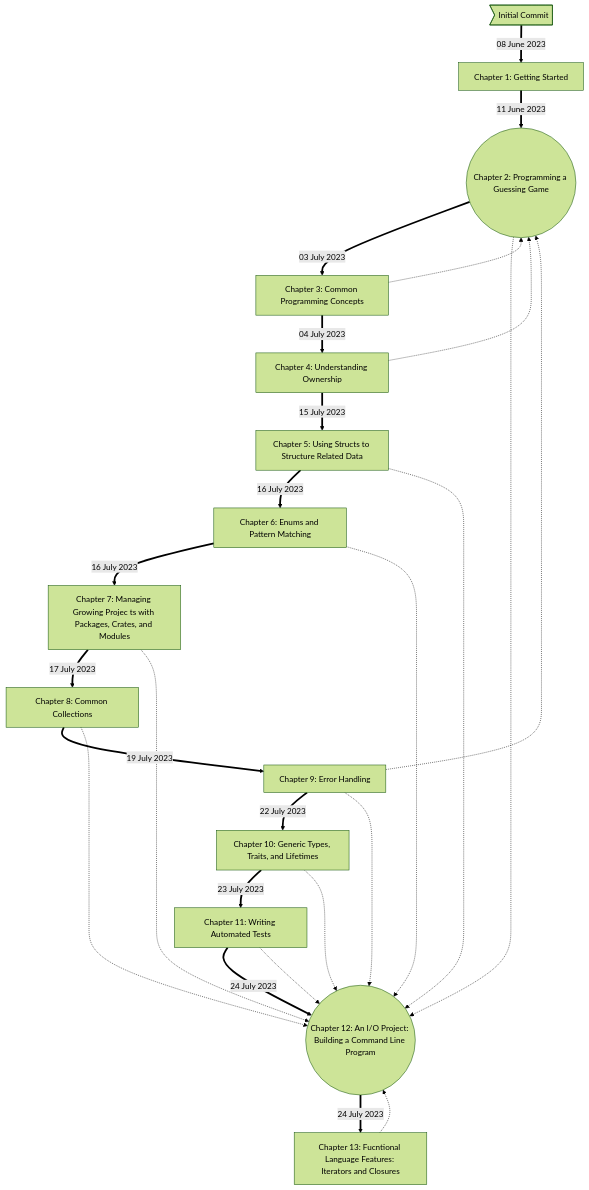
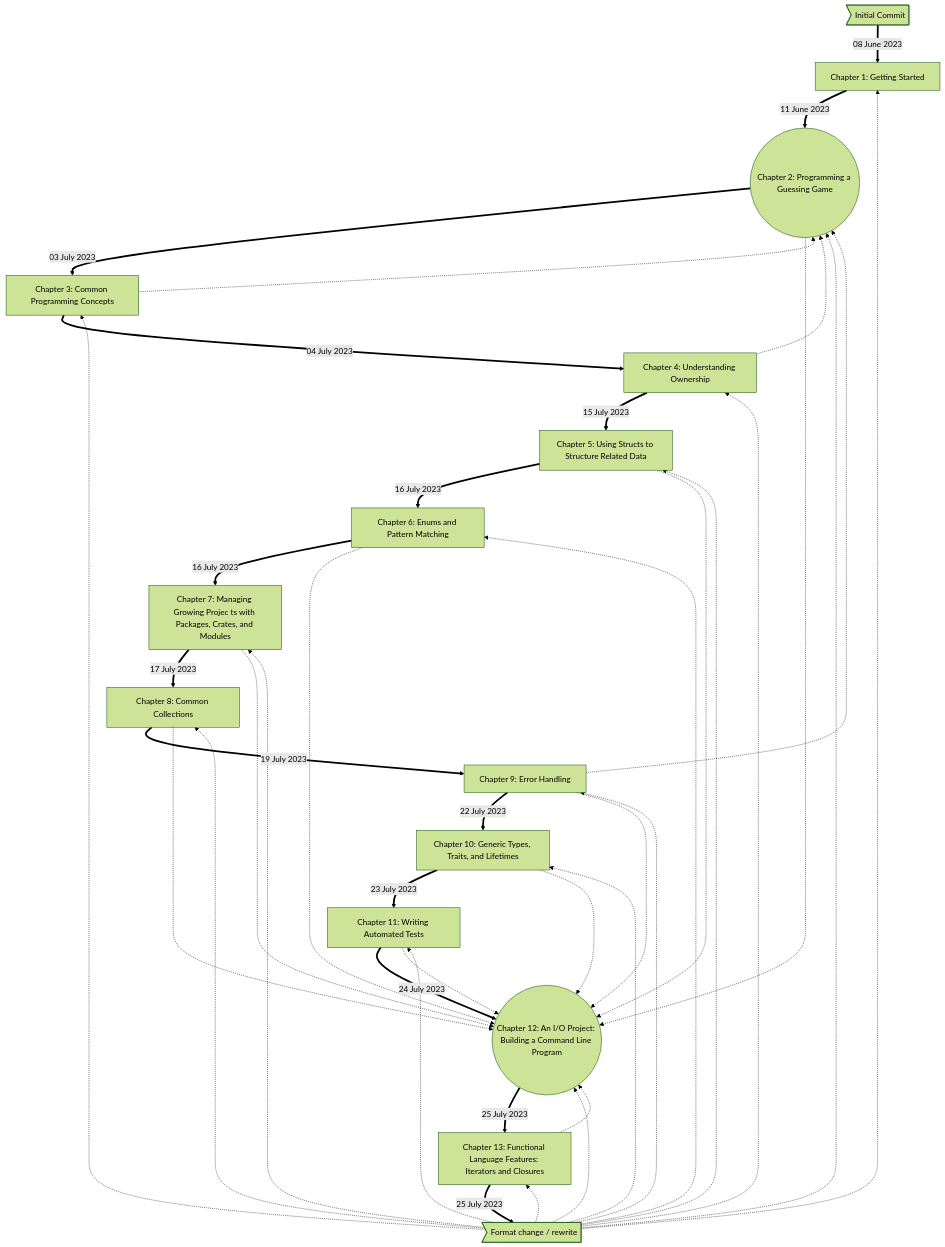
Before and after one commit to c4collins/the-rust-programming-language-rust-2021: the diagram in README.md, drawn with Mermaid (forest theme). The commit also changed 3 other files, not shown here.

Commit message:
Converted the portion of Chapter 13 I have done to the new project format

````diff
--- a/README.md
+++ b/README.md
@@ -33,28 +33,50 @@
 ```mermaid 
 flowchart TD
-    0>Initial Commit] == 08 June 2023 ==> 1[Chapter 1: Getting Started]
+    0> Initial Commit ] == 08 June 2023 ==> 1[Chapter 1: Getting Started]
     1 == 11 June 2023 ==> 2((Chapter 2: Programming a Guessing Game))
+
     2 == 03 July 2023 ==> 3[Chapter 3: Common Programming Concepts]
     3 -.-> 2
+
     3 == 04 July 2023 ==> 4[Chapter 4: Understanding Ownership]
     4 -.-> 2
+
     4 == 15 July 2023 ==> 5[Chapter 5: Using Structs to Structure Related Data]
     5 == 16 July 2023 ==> 6[Chapter 6: Enums and Pattern Matching]
     6 == 16 July 2023 ==> 7[Chapter 7: Managing Growing Projec ts with Packages, Crates, and Modules]
     7 == 17 July 2023 ==> 8[Chapter 8: Common Collections]
     8 == 19 July 2023 ==> 9[Chapter 9: Error Handling]
+
     9 == 22 July 2023 ==> 10[Chapter 10: Generic Types, Traits, and Lifetimes]
     9 -.-> 2
+
     10 == 23 July 2023 ==> 11[Chapter 11: Writing Automated Tests]
+
     11 == 24 July 2023 ==> 12((Chapter 12: An I/O Project: Building a Command Line Program))
     2 -.-> 12
     5 -.-> 12
     6 -.-> 12
     7 -.-> 12
     8 -.-> 12
     9 -.-> 12
     10 -.-> 12
     11 -.-> 12
-    12 == 24 July 2023 ==> 13[Chapter 13: Fucntional Language Features: Iterators and Closures]
+
+    13 == 25 July 2023 ==> 00> Format change / rewrite ]
+    00 -.-> 1
+    00 -.-> 2
+    00 -.-> 3
+    00 -.-> 4
+    00 -.-> 5
+    00 -.-> 6
+    00 -.-> 7
+    00 -.-> 8
+    00 -.-> 9
+    00 -.-> 10
+    00 -.-> 11
+    00 -.-> 12
+    00 -.-> 13
+
+    12 == 25 July 2023 ==> 13[Chapter 13: Functional Language Features: Iterators and Closures]
     13 -.-> 12
 ```
````
